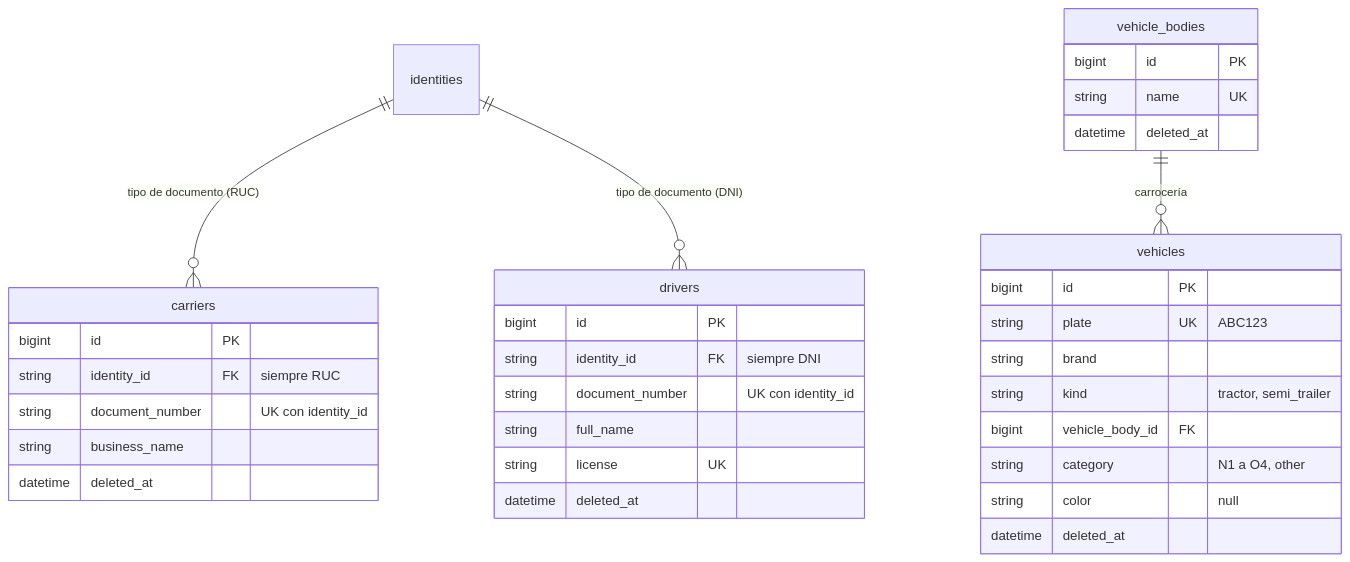
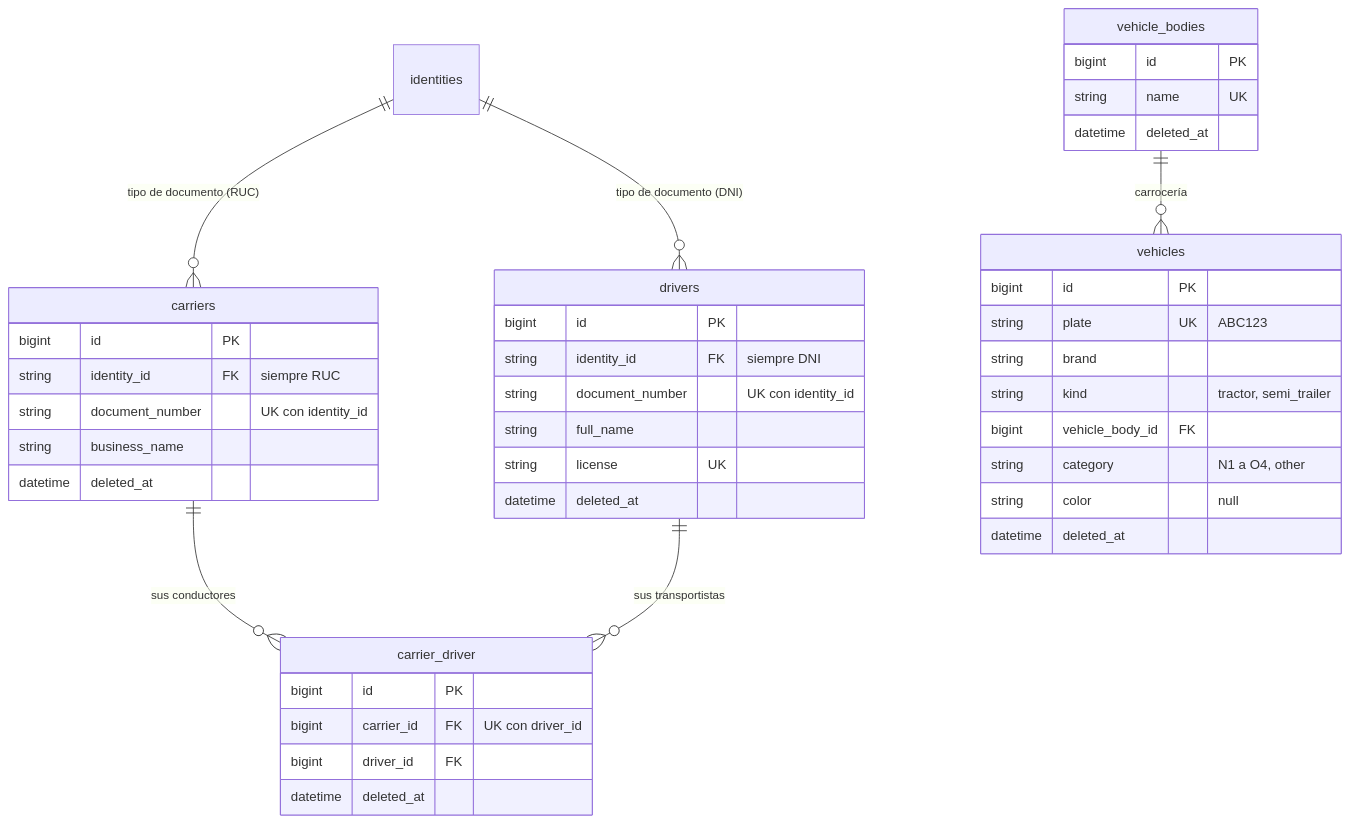
Before and after one commit to Cerati1998/SIGLA-TOS: the fifth of 5 diagrams in docs/database.md, drawn with Mermaid. The commit also changed other lines of this file and 8 other files, not shown here.

````diff
--- a/docs/database.md
+++ b/docs/database.md
@@ -191,37 +192,45 @@
 ```mermaid
 erDiagram
   identities ||--o{ carriers : "tipo de documento (RUC)"
   identities ||--o{ drivers : "tipo de documento (DNI)"
+  carriers ||--o{ carrier_driver : "sus conductores"
+  drivers ||--o{ carrier_driver : "sus transportistas"
   vehicle_bodies ||--o{ vehicles : "carrocería"
 
   carriers {
     bigint id PK
     string identity_id FK "siempre RUC"
     string document_number "UK con identity_id"
     string business_name
     datetime deleted_at
   }
   drivers {
     bigint id PK
     string identity_id FK "siempre DNI"
     string document_number "UK con identity_id"
     string full_name
     string license UK
+    datetime deleted_at
+  }
+  carrier_driver {
+    bigint id PK
+    bigint carrier_id FK "UK con driver_id"
+    bigint driver_id FK
     datetime deleted_at
   }
   vehicle_bodies {
     bigint id PK
     string name UK
     datetime deleted_at
   }
   vehicles {
     bigint id PK
     string plate UK "ABC123"
     string brand
     string kind "tractor, semi_trailer"
     bigint vehicle_body_id FK
     string category "N1 a O4, other"
     string color "null"
     datetime deleted_at
   }
 ```
````
